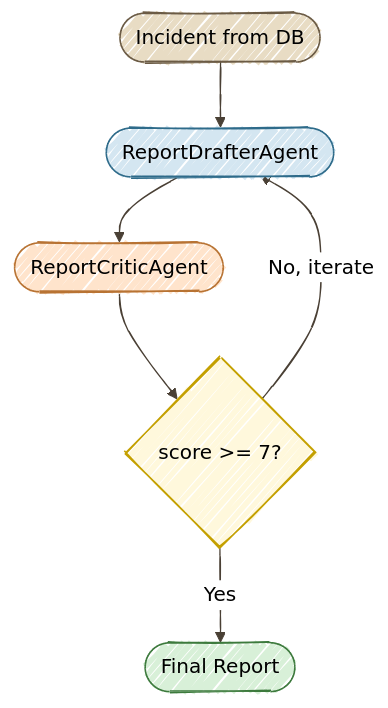
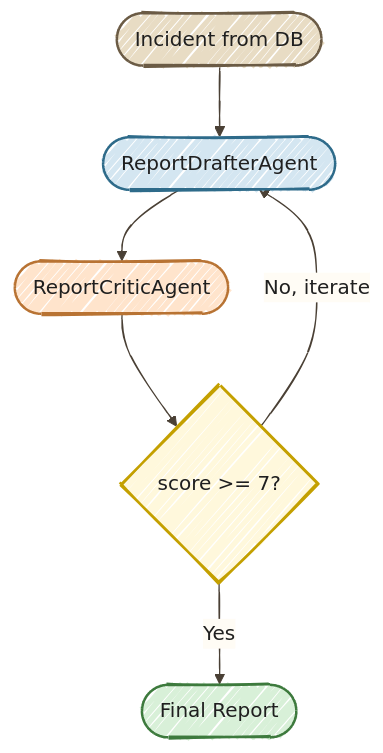
The diagram in docs/08-quarkus-flow/START_HERE.md (danieloh30/techxchange-2026-quarkus-bob-lab), drawn with Mermaid before and after one commit. The commit also changed 7 other files, not shown here.

Commit message:
Improve hand-drawn Mermaid readability in light and dark modes

````diff
--- a/docs/08-quarkus-flow/START_HERE.md
+++ b/docs/08-quarkus-flow/START_HERE.md
@@ -42,21 +42,21 @@
 ```mermaid
-%%{init: {'look':'handDrawn','theme':'neutral','themeVariables': {'lineColor':'#4A4035'}}}%%
+%%{init: {'look':'handDrawn','theme':'base','themeVariables': {'darkMode':false,'background':'#FFFCF5','primaryTextColor':'#1F1F1F','secondaryTextColor':'#1F1F1F','tertiaryTextColor':'#1F1F1F','textColor':'#1F1F1F','lineColor':'#4A4035','edgeLabelBackground':'#FFFCF5','clusterBkg':'#F5F5F0','clusterBorder':'#6B5B45','fontSize':'16px'},'flowchart': {'nodeSpacing':35,'rankSpacing':55,'padding':18}}}%%
 flowchart TD
     START(["Incident from DB"])
     DRAFT(["ReportDrafterAgent"])
     CRITIQUE(["ReportCriticAgent"])
     CHECK{score >= 7?}
     DONE(["Final Report"])
 
     START --> DRAFT
     DRAFT --> CRITIQUE
     CRITIQUE --> CHECK
     CHECK -->|No, iterate| DRAFT
     CHECK -->|Yes| DONE
 
-    style START fill:#E8DCC4,stroke:#6B5B45
-    style DRAFT fill:#D4E6F1,stroke:#2E6B8A
-    style CRITIQUE fill:#FFE4CC,stroke:#B87333
-    style CHECK fill:#FFF8DC,stroke:#C4A000
-    style DONE fill:#D8F0D8,stroke:#3D7A3D
+    style START fill:#E8DCC4,stroke:#6B5B45,color:#1F1F1F,stroke-width:2px
+    style DRAFT fill:#D4E6F1,stroke:#2E6B8A,color:#1F1F1F,stroke-width:2px
+    style CRITIQUE fill:#FFE4CC,stroke:#B87333,color:#1F1F1F,stroke-width:2px
+    style CHECK fill:#FFF8DC,stroke:#C4A000,color:#1F1F1F,stroke-width:2px
+    style DONE fill:#D8F0D8,stroke:#3D7A3D,color:#1F1F1F,stroke-width:2px
 ```
````
